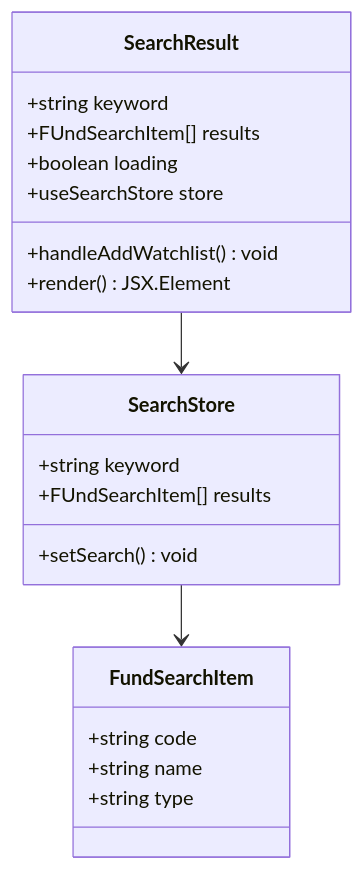
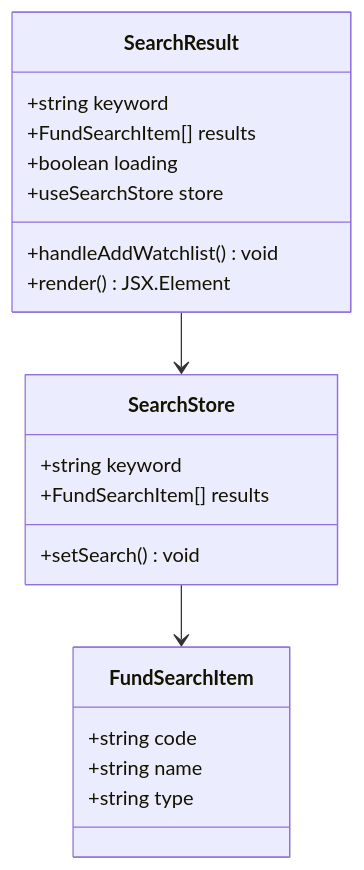
One commit to gree-coder/fund-butler changed diagram 13 of 20 in .qoder/repowiki/zh/content/核心功能开发/前端投资组合管理增强.md. Above: the diagram before and after it, drawn with Mermaid. The commit also changed other lines of this file and 21 other files, not shown here.

````diff
--- a/.qoder/repowiki/zh/content/核心功能开发/前端投资组合管理增强.md
+++ b/.qoder/repowiki/zh/content/核心功能开发/前端投资组合管理增强.md
@@ -512,23 +636,23 @@
 ```mermaid
 classDiagram
 class SearchResult {
 +string keyword
-+FUndSearchItem[] results
++FundSearchItem[] results
 +boolean loading
 +useSearchStore store
 +handleAddWatchlist() void
 +render() JSX.Element
 }
 class SearchStore {
 +string keyword
-+FUndSearchItem[] results
++FundSearchItem[] results
 +setSearch() void
 }
 class FundSearchItem {
 +string code
 +string name
 +string type
 }
 SearchResult --> SearchStore
 SearchStore --> FundSearchItem
 ```
````
